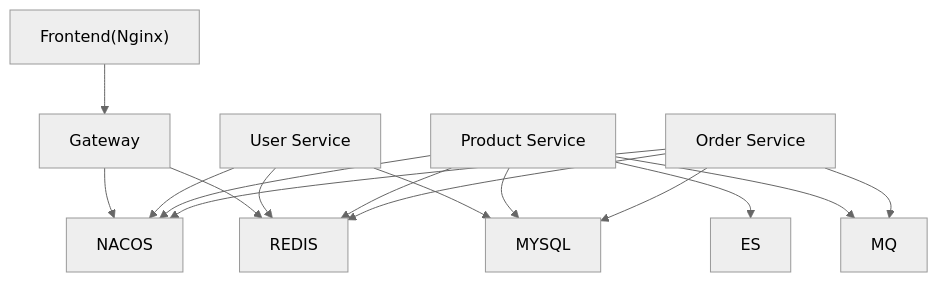
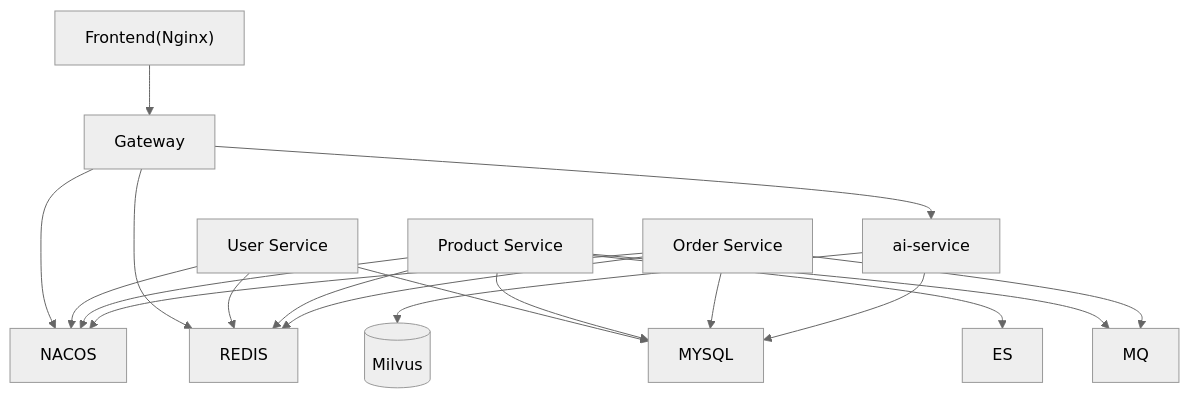
The fifth of 5 diagrams in .qoder/repowiki/zh/content/部署与运维/部署与运维.md (haohailiang/qoder-fullstack), drawn with Mermaid (neutral theme) before and after one commit. The commit also changed other lines of this file and 33 other files, not shown here.

````diff
--- a/.qoder/repowiki/zh/content/部署与运维/部署与运维.md
+++ b/.qoder/repowiki/zh/content/部署与运维/部署与运维.md
@@ -250,18 +259,21 @@
 ```mermaid
 graph TB
 GW["Gateway"] --> NACOS
 GW --> REDIS
 USER["User Service"] --> MYSQL
 USER --> REDIS
 USER --> NACOS
 PRODUCT["Product Service"] --> MYSQL
 PRODUCT --> REDIS
 PRODUCT --> ES
 PRODUCT --> MQ
 PRODUCT --> NACOS
 ORDER["Order Service"] --> MYSQL
 ORDER --> REDIS
 ORDER --> MQ
 ORDER --> NACOS
+AI["ai-service"] --> MVS[("Milvus")]
+AI --> MYSQL
 FE["Frontend(Nginx)"] --> GW
+GW --> AI
 ```
````
